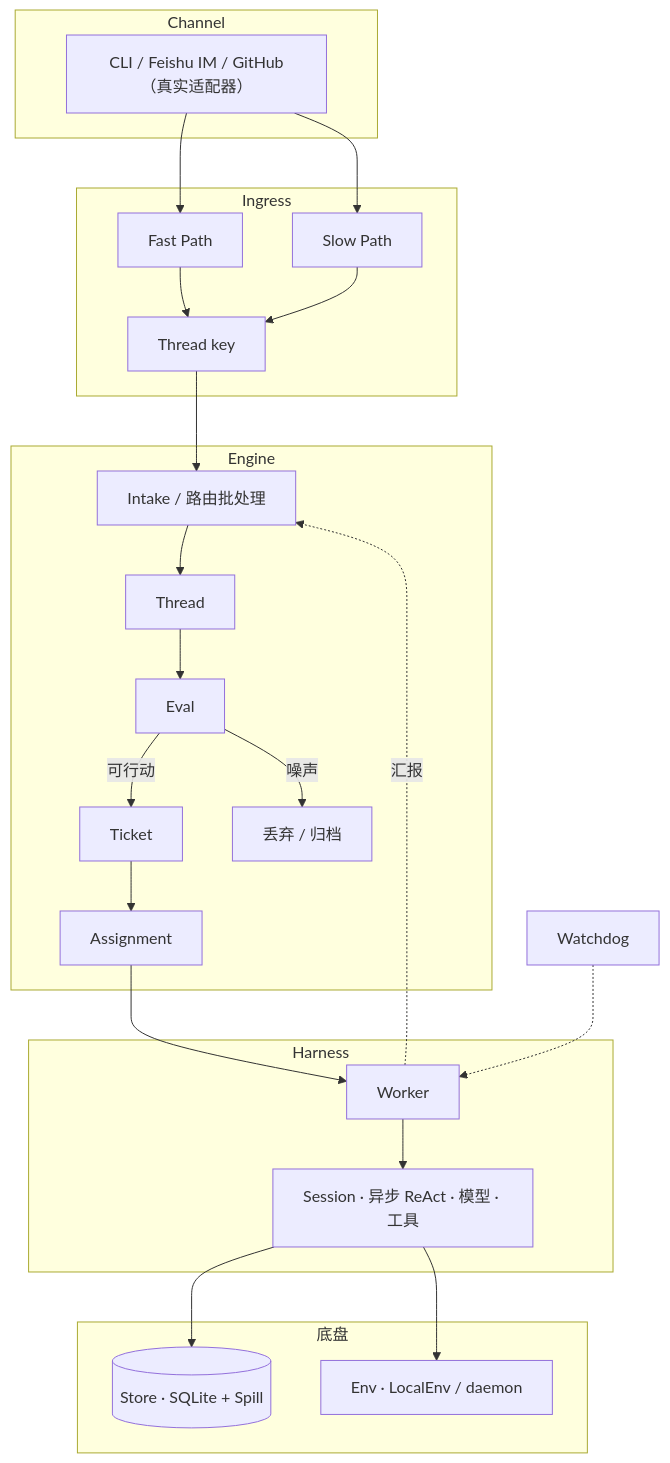
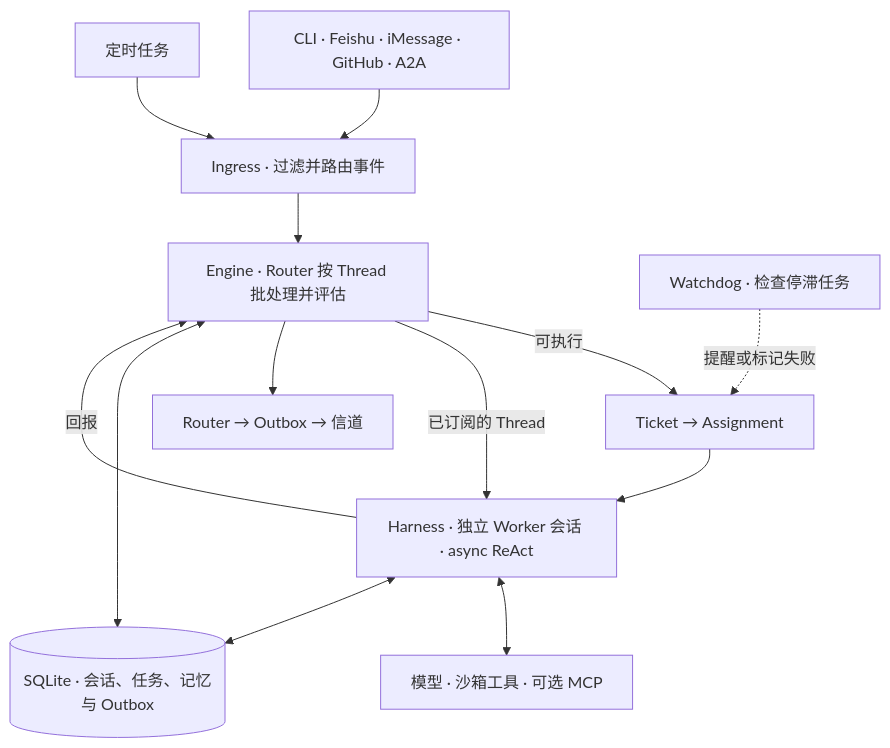
The diagram in README.zh-CN.md (LofiSu/dsh-super-agent), drawn with Mermaid before and after one commit. The commit also changed other lines of this file and 293 other files, not shown here.

````diff
--- a/README.zh-CN.md
+++ b/README.zh-CN.md
@@ -229,46 +27,25 @@
 ```mermaid
-flowchart TB
-  subgraph Channels["Channel"]
-    C1["CLI / Feishu IM / GitHub（真实适配器）"]
-  end
+flowchart TD
+  Sources["CLI · Feishu · iMessage · GitHub · A2A"]
+  Routines["定时任务"]
+  Ingress["Ingress · 过滤并路由事件"]
+  Router["Engine · Router 按 Thread 批处理并评估"]
+  Assign["Ticket → Assignment"]
+  Worker["Harness · 独立 Worker 会话 · async ReAct"]
+  Tools["模型 · 沙箱工具 · 可选 MCP"]
+  Store[("SQLite · 会话、任务、记忆与 Outbox")]
+  Watchdog["Watchdog · 检查停滞任务"]
+  Outbox["Router → Outbox → 信道"]
 
-  subgraph Ingress["Ingress"]
-    Fast[Fast Path]
-    Slow[Slow Path]
-    Fast --> TK[Thread key]
-    Slow --> TK
-  end
-
-  subgraph Engine["Engine"]
-    Intake[Intake / 路由批处理]
-    Thread[Thread]
-    Eval[Eval]
-    Ticket[Ticket]
-    Assign[Assignment]
-    Intake --> Thread --> Eval
-    Eval -->|可行动| Ticket --> Assign
-    Eval -->|噪声| Drop[丢弃 / 归档]
-  end
-
-  subgraph Harness["Harness"]
-    Sess[Session · 异步 ReAct · 模型 · 工具]
-    Worker[Worker]
-    Assign --> Worker
-    Worker --> Sess
-  end
-
-  subgraph Bottom["底盘"]
-    Store[(Store · SQLite + Spill)]
-    Env[Env · LocalEnv / daemon]
-  end
-
-  WD[Watchdog]
-
-  C1 --> Fast
-  C1 --> Slow
-  TK --> Intake
-  Sess --> Store
-  Sess --> Env
-  Worker -.->|汇报| Intake
-  WD -.-> Worker
+  Sources --> Ingress
+  Routines --> Ingress
+  Ingress --> Router
+  Router -->|可执行| Assign --> Worker
+  Router -->|已订阅的 Thread| Worker
+  Worker <--> Tools
+  Worker -->|回报| Router
+  Router --> Outbox
+  Router <--> Store
+  Worker <--> Store
+  Watchdog -.->|提醒或标记失败| Assign
 ```
````
